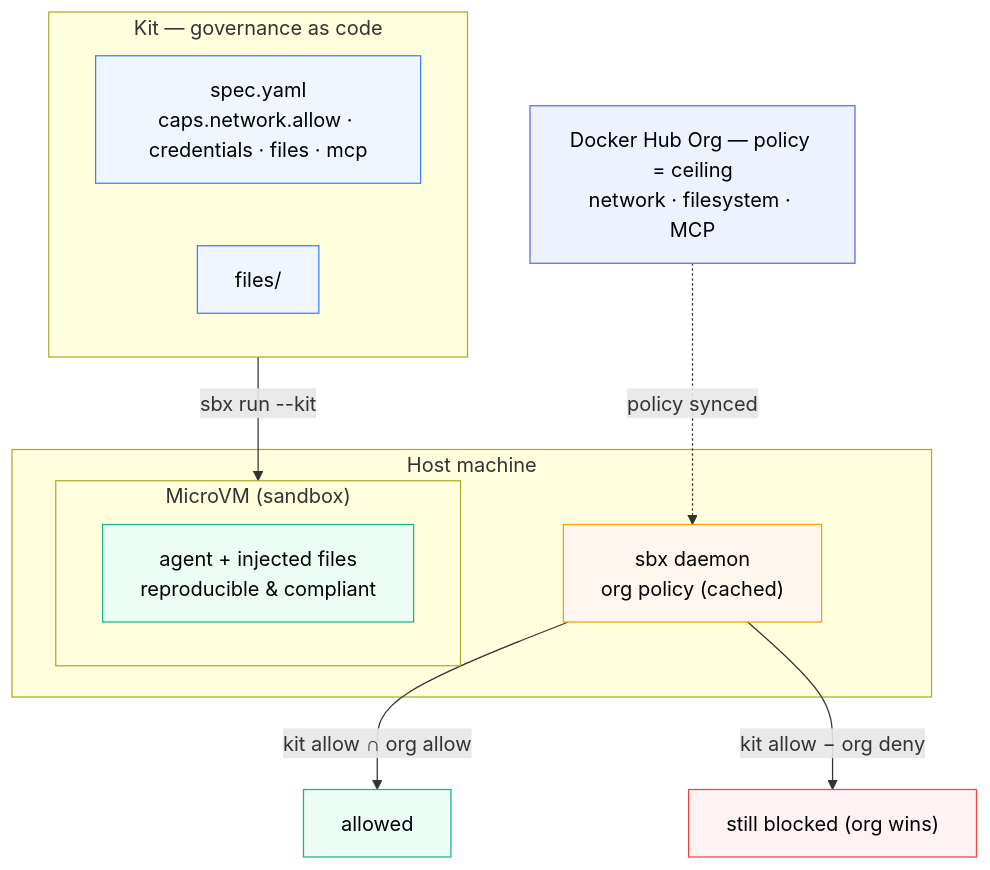
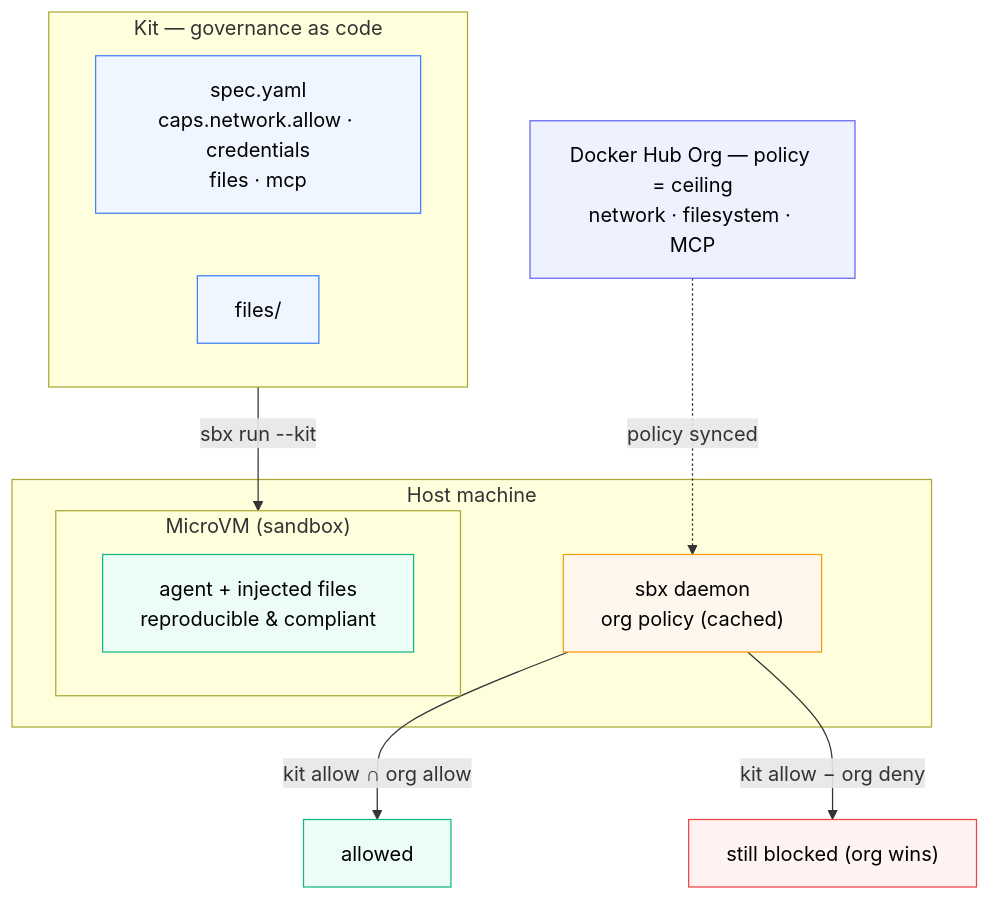
One commit to ajeetraina/labspace-docker-ai-governance changed the diagram in labspace/14-sandbox-kits.md. Above: the diagram before and after it, drawn with Mermaid. The commit also changed 14 other files, not shown here.

First line of the commit message:
Fix diagram text overflow: wrap long labels, shorten wide subgraph titles

````diff
--- a/labspace/14-sandbox-kits.md
+++ b/labspace/14-sandbox-kits.md
@@ -3,29 +3,29 @@
 ```mermaid
 flowchart TB
     HUB["Docker Hub Org — policy = ceiling<br/>network · filesystem · MCP"]
     subgraph KIT["Kit — governance as code"]
-        SPEC["spec.yaml<br/>caps.network.allow · credentials · files · mcp"]
+        SPEC["spec.yaml<br/>caps.network.allow · credentials<br/>files · mcp"]
         FILES["files/"]
     end
     subgraph HOST["Host machine"]
         DAEMON["sbx daemon<br/>org policy (cached)"]
         subgraph VM["MicroVM (sandbox)"]
             AGENT["agent + injected files<br/>reproducible & compliant"]
         end
     end
     KIT -- "sbx run --kit" --> VM
     HUB -. "policy synced" .-> DAEMON
     DAEMON -->|"kit allow ∩ org allow"| OK["allowed"]
     DAEMON -->|"kit allow − org deny"| BLOCK["still blocked (org wins)"]
 
     classDef hub fill:#eef2ff,stroke:#6366f1,color:#000
     classDef kit fill:#eff6ff,stroke:#3b82f6,color:#000
     classDef vm fill:#ecfdf5,stroke:#10b981,color:#000
     classDef pol fill:#fff7ed,stroke:#f59e0b,color:#000
     classDef deny fill:#fef2f2,stroke:#ef4444,color:#000
     class HUB hub
     class SPEC,FILES kit
     class AGENT,OK vm
     class DAEMON pol
     class BLOCK deny
 ```
````
